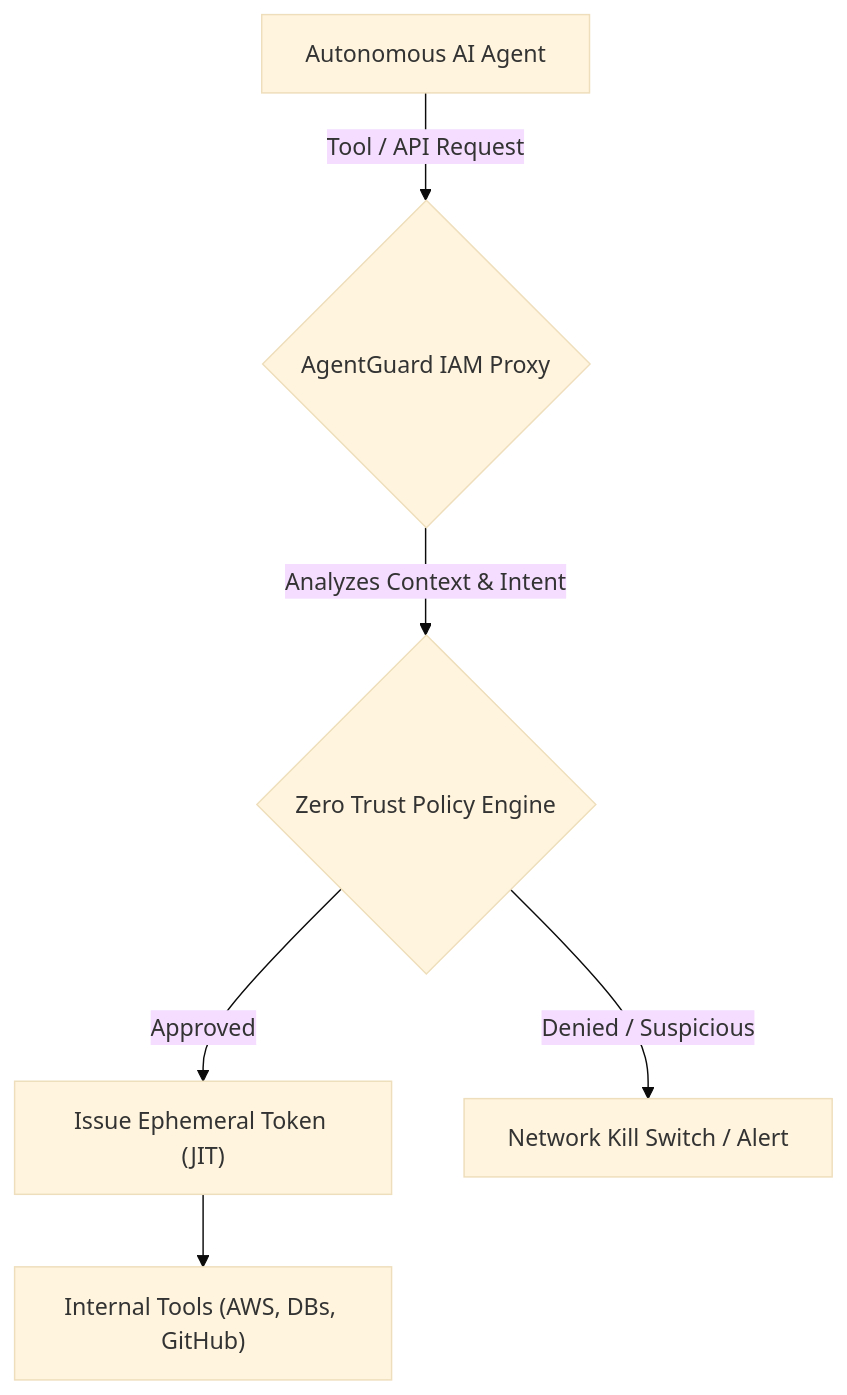
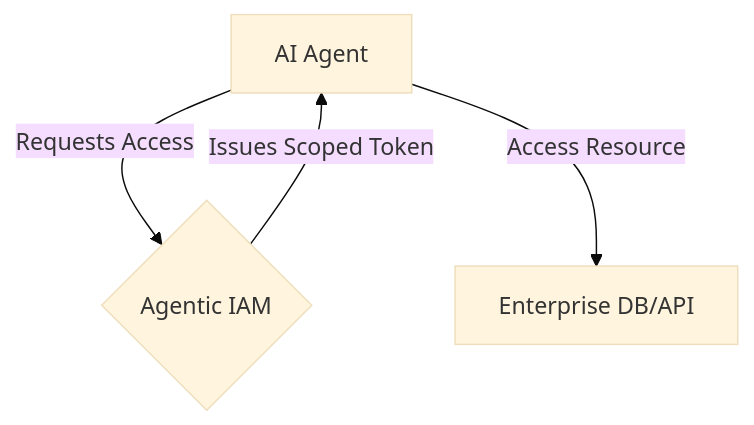
One commit to flouzzy/top-100-ai-startup-ideas changed the first of 2 diagrams in ideas/agentic-iam/README.md. Above: the diagram before and after it, drawn with Mermaid (base theme). The commit also changed other lines of this file and 41 other files, not shown here.

````diff
--- a/ideas/agentic-iam/README.md
+++ b/ideas/agentic-iam/README.md
@@ -17,8 +17,7 @@
 ```mermaid
 graph TD
-    A["Autonomous AI Agent"] -->|Tool / API Request| B{"AgentGuard IAM Proxy"}
-    B -->|Analyzes Context & Intent| C{"Zero Trust Policy Engine"}
-    C -->|Approved| D["Issue Ephemeral Token (JIT)"]
-    C -->|Denied / Suspicious| E["Network Kill Switch / Alert"]
-    D --> F["Internal Tools (AWS, DBs, GitHub)"]
+    %% Architecture
+    A["AI Agent"] -->|Requests Access| B{"Agentic IAM"}
+    B -->|Issues Scoped Token| A
+    A -->|Access Resource| C["Enterprise DB/API"]
 ```
````
